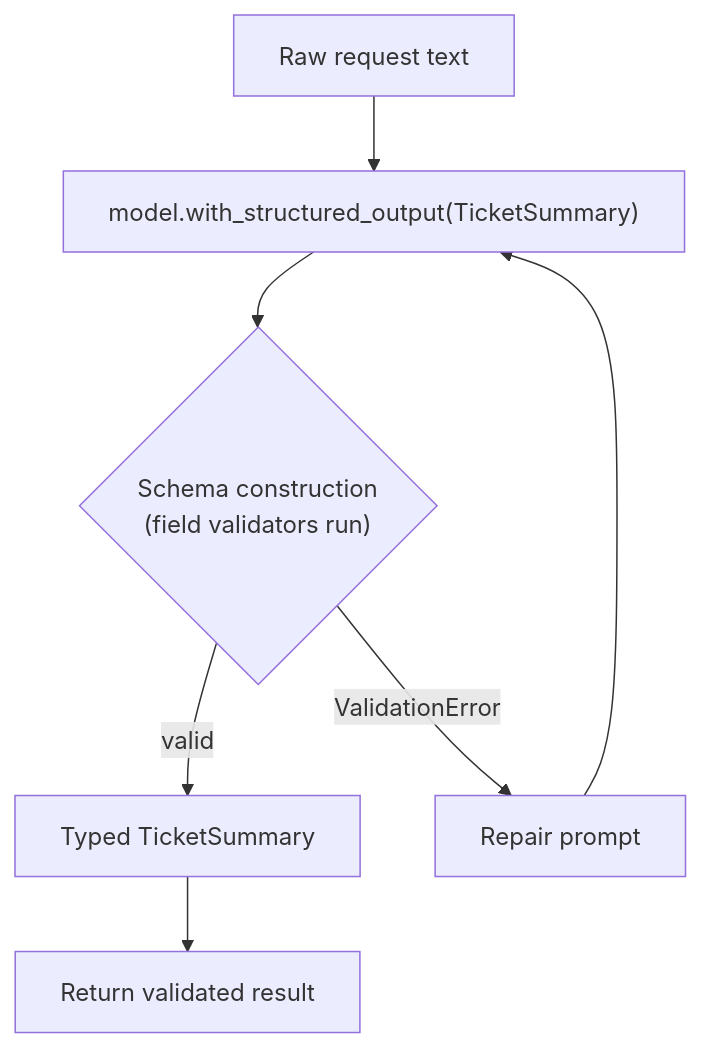
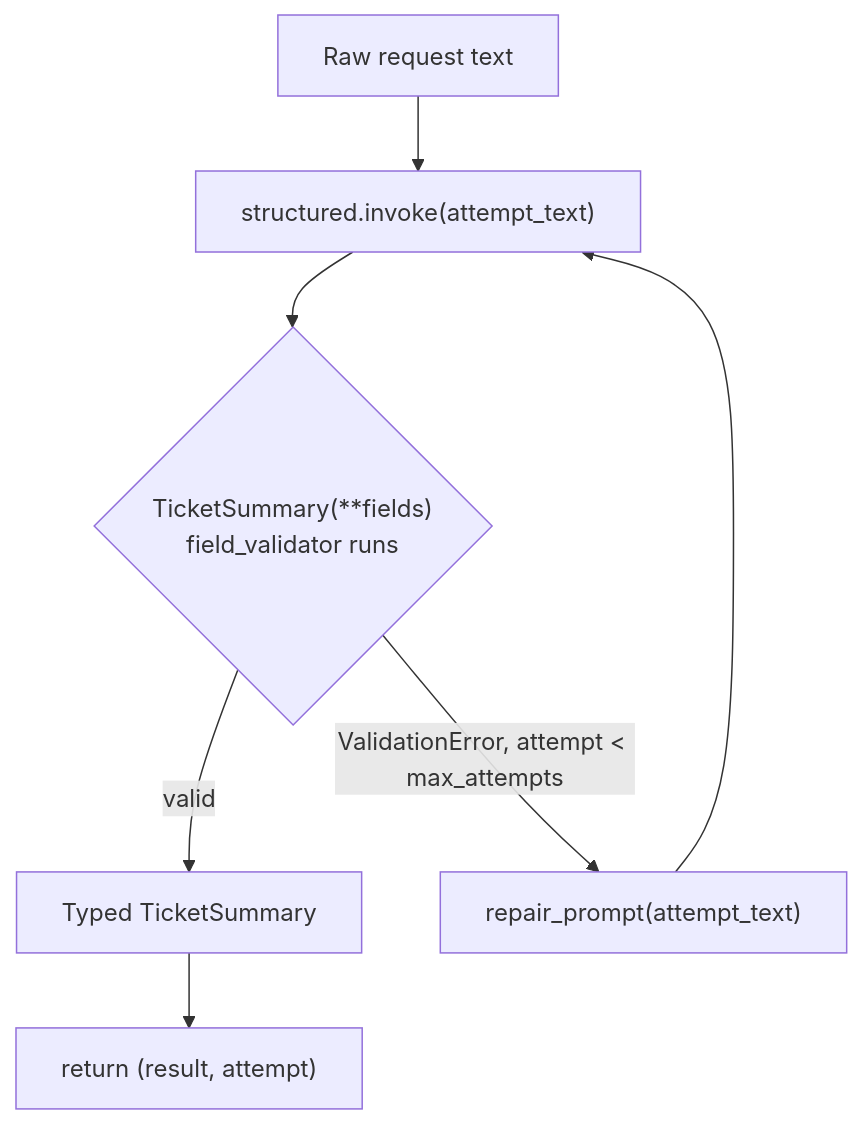
Before and after one commit to xergioalex/agent-lab: the first of 3 diagrams in src/16_structured_outputs/README.md, drawn with Mermaid. The commit also changed other lines of this file and 64 other files, not shown here.

First line of the commit message:
docs(docs): premium Mermaid diagram pass on all 64 module READMEs

````diff
--- a/src/16_structured_outputs/README.md
+++ b/src/16_structured_outputs/README.md
@@ -49,9 +52,9 @@
 ```mermaid
-graph TD
-    Q[Raw request text] --> S["model.with_structured_output(TicketSummary)"]
-    S --> V{"Schema construction\n(field validators run)"}
-    V -->|valid| R[Typed TicketSummary]
-    V -->|ValidationError| P[Repair prompt]
+flowchart TD
+    Q["Raw request text"] --> S["structured.invoke(attempt_text)"]
+    S --> V{"TicketSummary(**fields)\nfield_validator runs"}
+    V -->|"valid"| R["Typed TicketSummary"]
+    V -->|"ValidationError, attempt < max_attempts"| P["repair_prompt(attempt_text)"]
     P --> S
-    R --> Done[Return validated result]
+    R --> Done["return (result, attempt)"]
 ```
````
